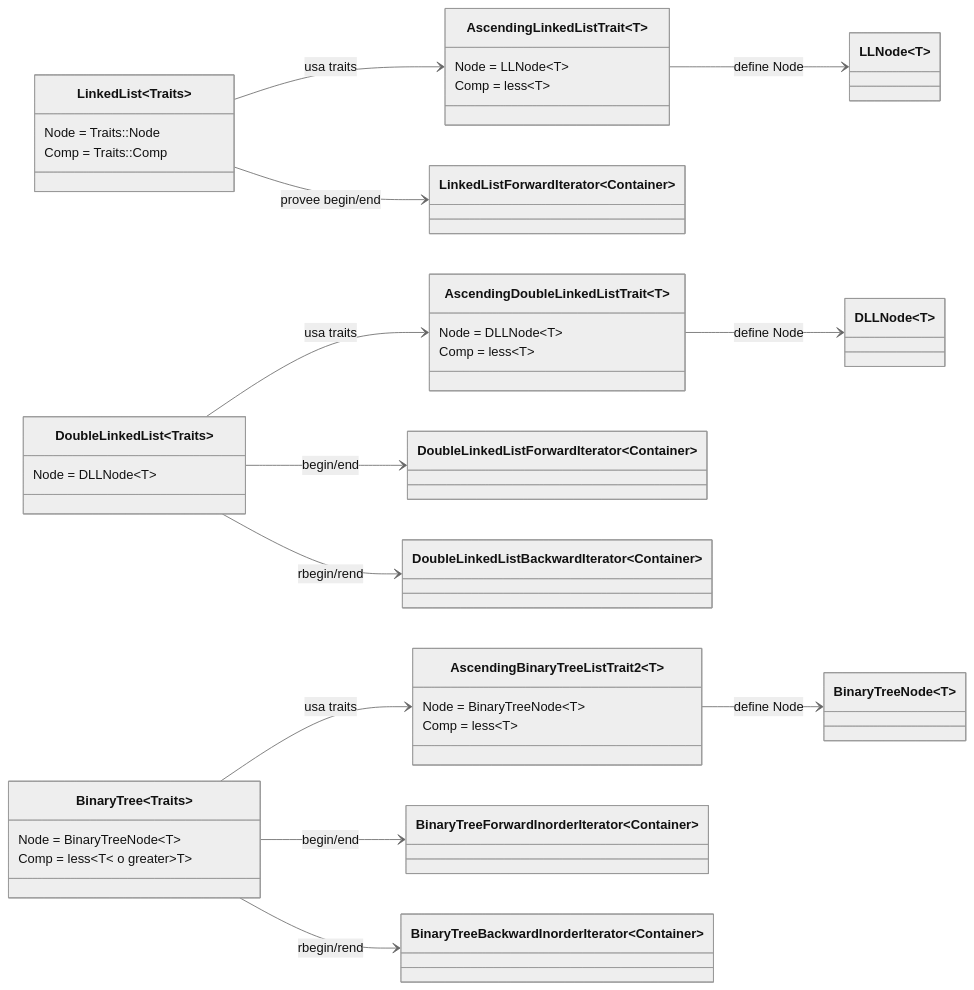
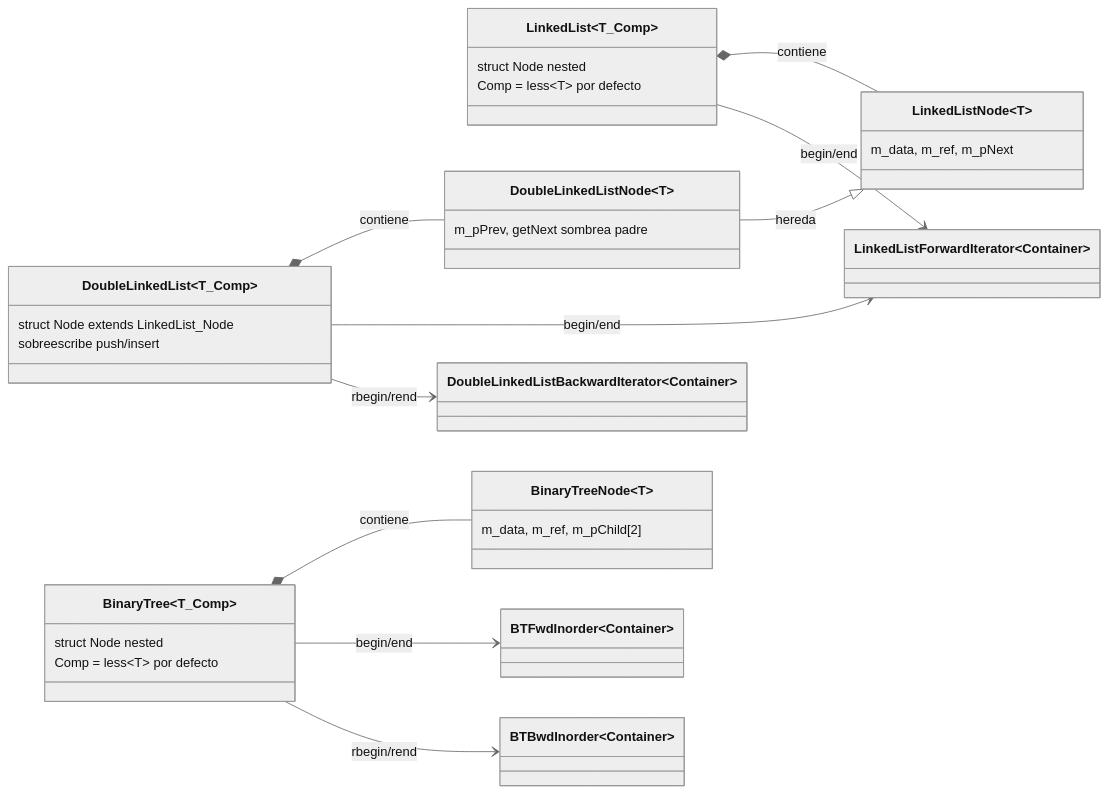
One commit to Camilo-vinatea/2026-I-MCC001-AED changed the fifth of 10 diagrams in docs/architecture.md. Above: the diagram before and after it, drawn with Mermaid (neutral theme). The commit also changed other lines of this file and 1 other file, not shown here.

````diff
--- a/docs/architecture.md
+++ b/docs/architecture.md
@@ -320,52 +309,44 @@
 ```mermaid
 classDiagram
     direction LR
 
-    class LinkedList~Traits~ {
-        Node = Traits::Node
-        Comp = Traits::Comp
+    class LinkedList~T_Comp~ {
+        struct Node nested
+        Comp = less~T~ por defecto
     }
-    class AscendingLinkedListTrait~T~ {
-        Node = LLNode~T~
-        Comp = less~T~
+    class LinkedListNode~T~ {
+        m_data, m_ref, m_pNext
     }
-    class LLNode~T~
     class LinkedListForwardIterator~Container~
 
-    LinkedList --> AscendingLinkedListTrait : usa traits
-    AscendingLinkedListTrait --> LLNode : define Node
-    LinkedList --> LinkedListForwardIterator : provee begin/end
+    LinkedList *-- LinkedListNode : contiene
+    LinkedList --> LinkedListForwardIterator : begin/end
 
-    class DoubleLinkedList~Traits~ {
-        Node = DLLNode~T~
+    class DoubleLinkedList~T_Comp~ {
+        struct Node extends LinkedList_Node
+        sobreescribe push/insert
     }
-    class AscendingDoubleLinkedListTrait~T~ {
-        Node = DLLNode~T~
-        Comp = less~T~
+    class DoubleLinkedListNode~T~ {
+        m_pPrev, getNext sombrea padre
     }
-    class DLLNode~T~
-    class DoubleLinkedListForwardIterator~Container~
     class DoubleLinkedListBackwardIterator~Container~
 
-    DoubleLinkedList --> AscendingDoubleLinkedListTrait : usa traits
-    AscendingDoubleLinkedListTrait --> DLLNode : define Node
-    DoubleLinkedList --> DoubleLinkedListForwardIterator : begin/end
+    DoubleLinkedList *-- DoubleLinkedListNode : contiene
+    DoubleLinkedListNode --|> LinkedListNode : hereda
+    DoubleLinkedList --> LinkedListForwardIterator : begin/end
     DoubleLinkedList --> DoubleLinkedListBackwardIterator : rbegin/rend
 
-    class BinaryTree~Traits~ {
-        Node = BinaryTreeNode~T~
-        Comp = less~T~ o greater~T~
+    class BinaryTree~T_Comp~ {
+        struct Node nested
+        Comp = less~T~ por defecto
     }
-    class AscendingBinaryTreeListTrait2~T~ {
-        Node = BinaryTreeNode~T~
-        Comp = less~T~
+    class BinaryTreeNode~T~ {
+        m_data, m_ref, m_pChild[2]
     }
-    class BinaryTreeNode~T~
-    class BinaryTreeForwardInorderIterator~Container~
-    class BinaryTreeBackwardInorderIterator~Container~
+    class BTFwdInorder~Container~
+    class BTBwdInorder~Container~
 
-    BinaryTree --> AscendingBinaryTreeListTrait2 : usa traits
-    AscendingBinaryTreeListTrait2 --> BinaryTreeNode : define Node
-    BinaryTree --> BinaryTreeForwardInorderIterator : begin/end
-    BinaryTree --> BinaryTreeBackwardInorderIterator : rbegin/rend
+    BinaryTree *-- BinaryTreeNode : contiene
+    BinaryTree --> BTFwdInorder : begin/end
+    BinaryTree --> BTBwdInorder : rbegin/rend
 ```
````
